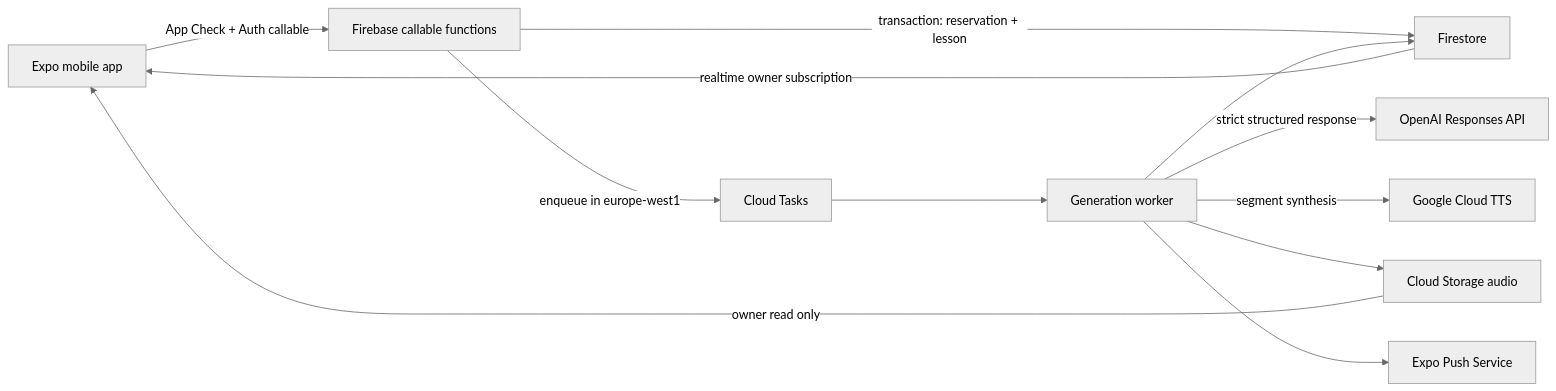
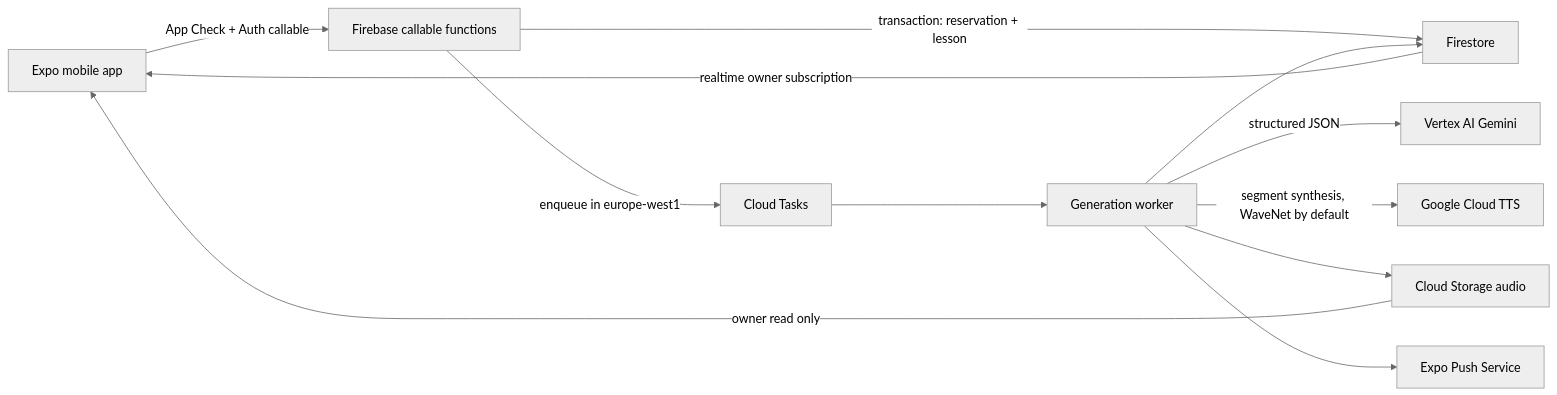
One commit to amanjaiswal03/Resolingo changed the diagram in docs/ARCHITECTURE.md. Above: the diagram before and after it, drawn with Mermaid (neutral theme). The commit also changed other lines of this file and 33 other files, not shown here.

````diff
--- a/docs/ARCHITECTURE.md
+++ b/docs/ARCHITECTURE.md
@@ -7,14 +7,14 @@
 ```mermaid
 flowchart LR
   M["Expo mobile app"] -->|"App Check + Auth callable"| C["Firebase callable functions"]
   C -->|"transaction: reservation + lesson"| F["Firestore"]
   C -->|"enqueue in europe-west1"| Q["Cloud Tasks"]
   Q --> W["Generation worker"]
-  W -->|"strict structured response"| O["OpenAI Responses API"]
-  W -->|"segment synthesis"| T["Google Cloud TTS"]
+  W -->|"structured JSON"| O["Vertex AI Gemini"]
+  W -->|"segment synthesis, WaveNet by default"| T["Google Cloud TTS"]
   W --> S["Cloud Storage audio"]
   W --> F
   W --> P["Expo Push Service"]
   F -->|"realtime owner subscription"| M
   S -->|"owner read only"| M
 ```
````
